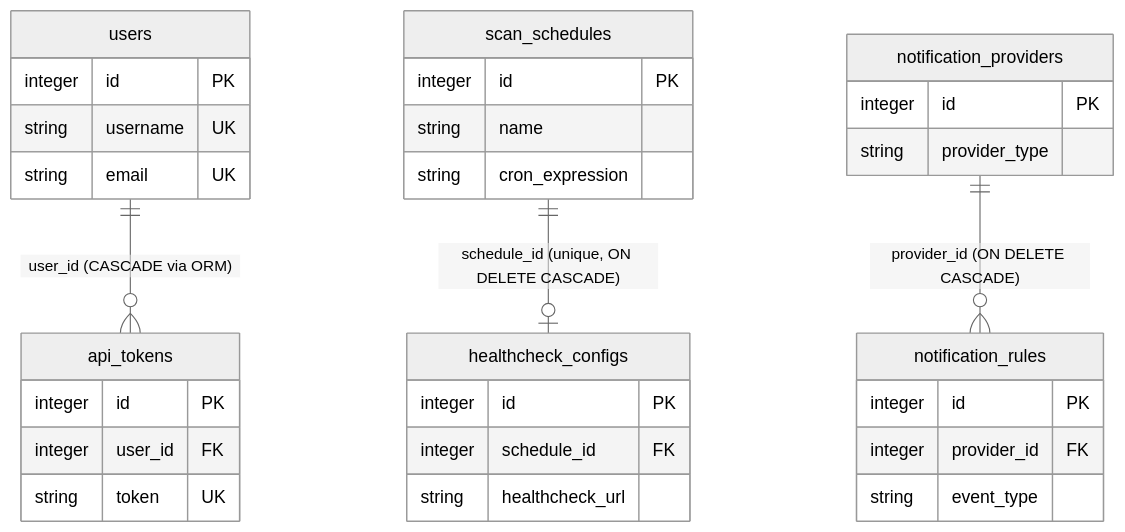
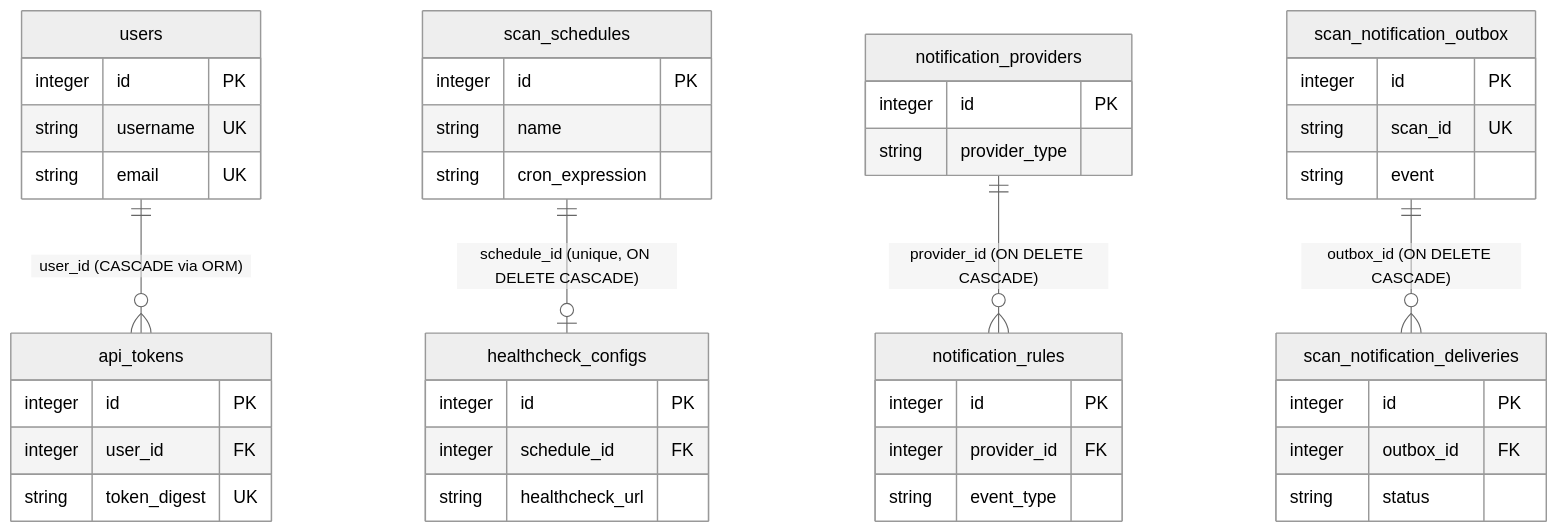
The diagram in docs/database-schema.md (ttlequals0/PixelProbe), drawn with Mermaid (neutral theme) before and after one commit. The commit also changed other lines of this file and 140 other files, not shown here.

````diff
--- a/docs/database-schema.md
+++ b/docs/database-schema.md
@@ -20,36 +19,47 @@
 ```mermaid
 erDiagram
     users ||--o{ api_tokens : "user_id (CASCADE via ORM)"
     scan_schedules ||--o| healthcheck_configs : "schedule_id (unique, ON DELETE CASCADE)"
     notification_providers ||--o{ notification_rules : "provider_id (ON DELETE CASCADE)"
+    scan_notification_outbox ||--o{ scan_notification_deliveries : "outbox_id (ON DELETE CASCADE)"
 
     users {
         integer id PK
         string username UK
         string email UK
     }
     api_tokens {
         integer id PK
         integer user_id FK
-        string token UK
+        string token_digest UK
     }
     scan_schedules {
         integer id PK
         string name
         string cron_expression
     }
     healthcheck_configs {
         integer id PK
         integer schedule_id FK
         string healthcheck_url
     }
     notification_providers {
         integer id PK
         string provider_type
     }
     notification_rules {
         integer id PK
         integer provider_id FK
         string event_type
     }
+    scan_notification_outbox {
+        integer id PK
+        string scan_id UK
+        string event
+    }
+    scan_notification_deliveries {
+        integer id PK
+        integer outbox_id FK
+        string status
+    }
 ```
````
